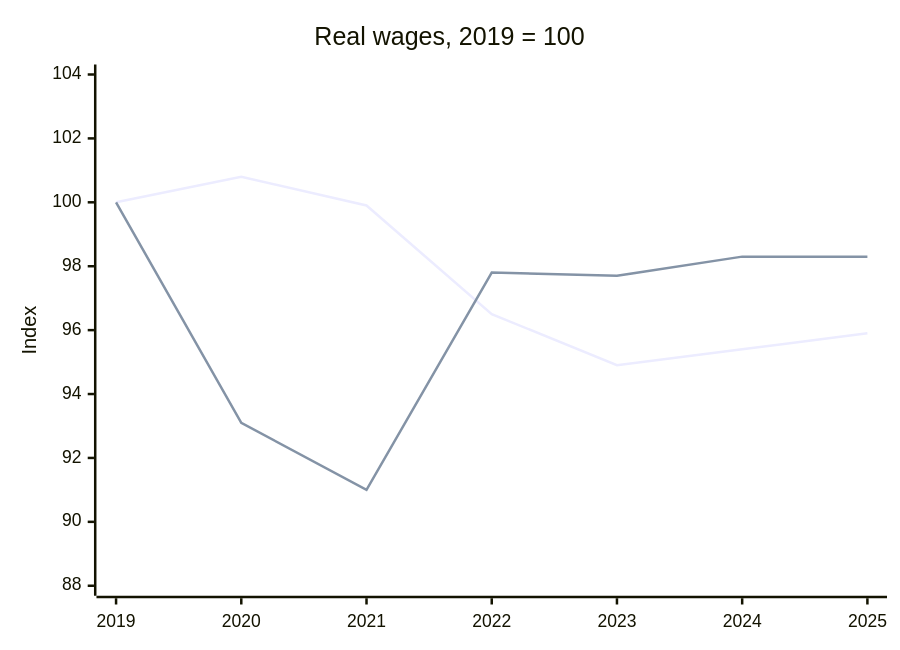
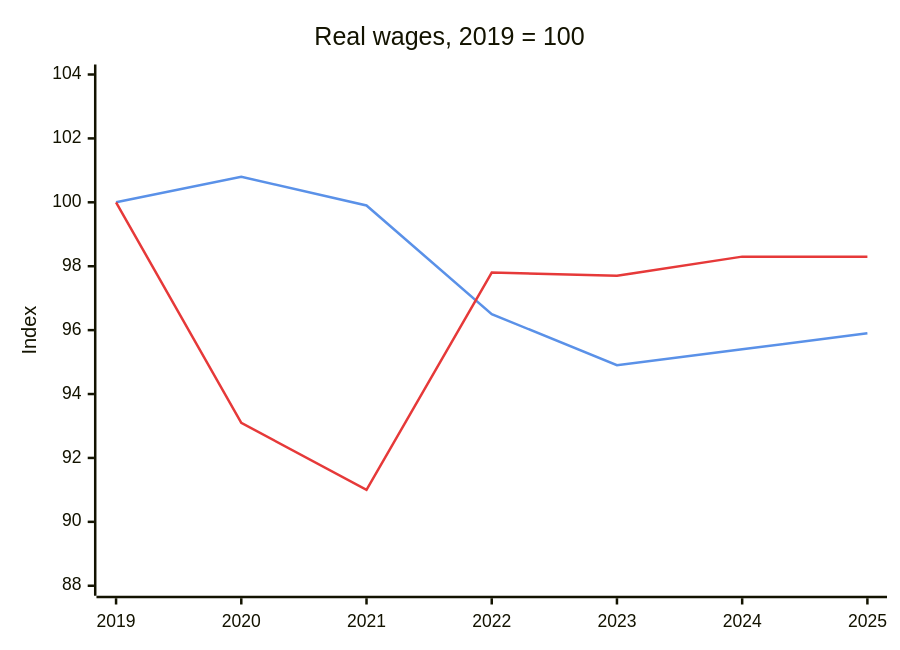
One commit to adjiebrotot/blog changed the first of 2 diagrams in en/_posts/2026-11-08-how-governments-lie-with-statistics.md. Above: the diagram before and after it, drawn with Mermaid. The commit also changed other lines of this file, not shown here.

Commit message:
Colour the English post's Mermaid charts so Indonesia is red, as in the bar charts
Claude-Session: https://claude.ai/code/session_01LjR4miXSWKC8Lhidd4noKL

````diff
--- a/en/_posts/2026-11-08-how-governments-lie-with-statistics.md
+++ b/en/_posts/2026-11-08-how-governments-lie-with-statistics.md
@@ -147,8 +147,9 @@
 ```mermaid
+%%{init: {"themeVariables": {"xyChart": {"plotColorPalette": "#5A91E8, #E63939"}}}}%%
 xychart-beta
   title "Real wages, 2019 = 100"
   x-axis [2019, 2020, 2021, 2022, 2023, 2024, 2025]
   y-axis "Index" 88 --> 104
   line [100, 100.8, 99.9, 96.5, 94.9, 95.4, 95.9]
   line [100, 93.1, 91.0, 97.8, 97.7, 98.3, 98.3]
 ```
````
